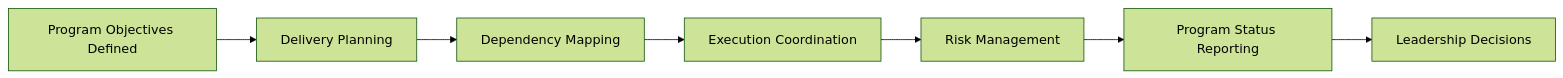
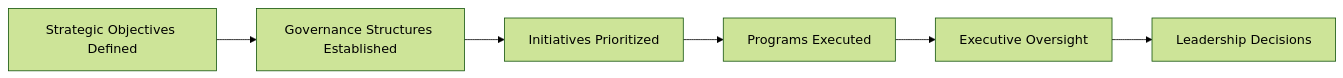
The first of 2 diagrams in README.md (somerwalker/technical-program-management-toolkit), drawn with Mermaid (forest theme) before and after one commit. The commit also changed other lines of this file, not shown here.

````diff
--- a/README.md
+++ b/README.md
@@ -65,10 +78,10 @@
 ```mermaid
 flowchart LR
 
-A[Program Objectives Defined] --> B[Delivery Planning]
-B --> C[Dependency Mapping]
-C --> D[Execution Coordination]
-D --> E[Risk Management]
-E --> F[Program Status Reporting]
-F --> G[Leadership Decisions]
+A[Strategic Objectives Defined]
+--> B[Governance Structures Established]
+--> C[Initiatives Prioritized]
+--> D[Programs Executed]
+--> E[Executive Oversight]
+--> F[Leadership Decisions]
 ```
````
